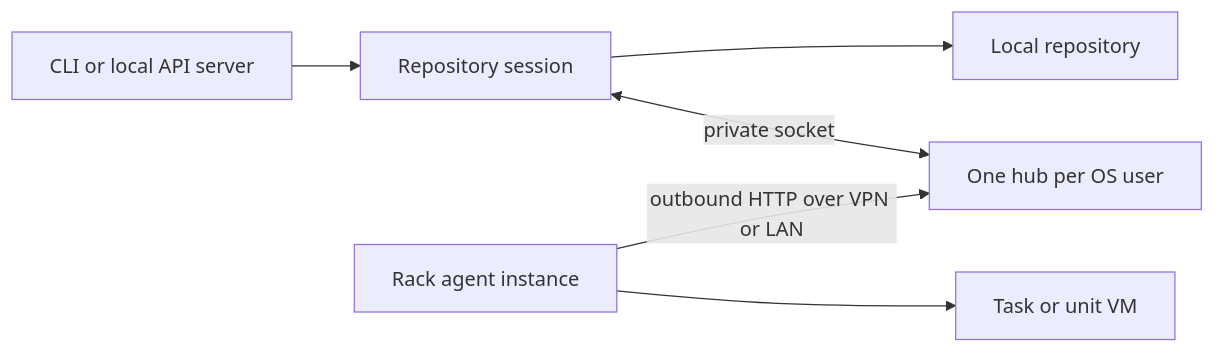
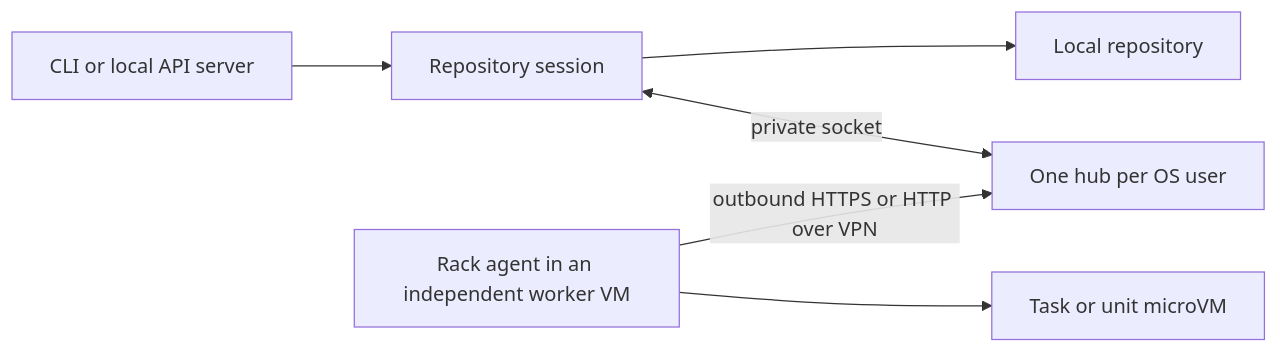
The diagram in libs/e3/design/e3-rack-delegation.md (elaraai/east-workspace), drawn with Mermaid before and after one commit. The commit also changed other lines of this file and 11 other files, not shown here.

First line of the commit message:
fix(e3): align rack enrollment with encrypted worker setup

````diff
--- a/libs/e3/design/e3-rack-delegation.md
+++ b/libs/e3/design/e3-rack-delegation.md
@@ -18,8 +18,8 @@
 ```mermaid
 flowchart LR
   CLI[CLI or local API server] --> Session[Repository session]
   Session --> Repo[Local repository]
   Session <-->|private socket| Hub[One hub per OS user]
-  Agent[Rack agent instance] -->|outbound HTTP over VPN or LAN| Hub
-  Agent --> VM[Task or unit VM]
+  Agent[Rack agent in an independent worker VM] -->|outbound HTTPS or HTTP over VPN| Hub
+  Agent --> VM[Task or unit microVM]
 ```
````
